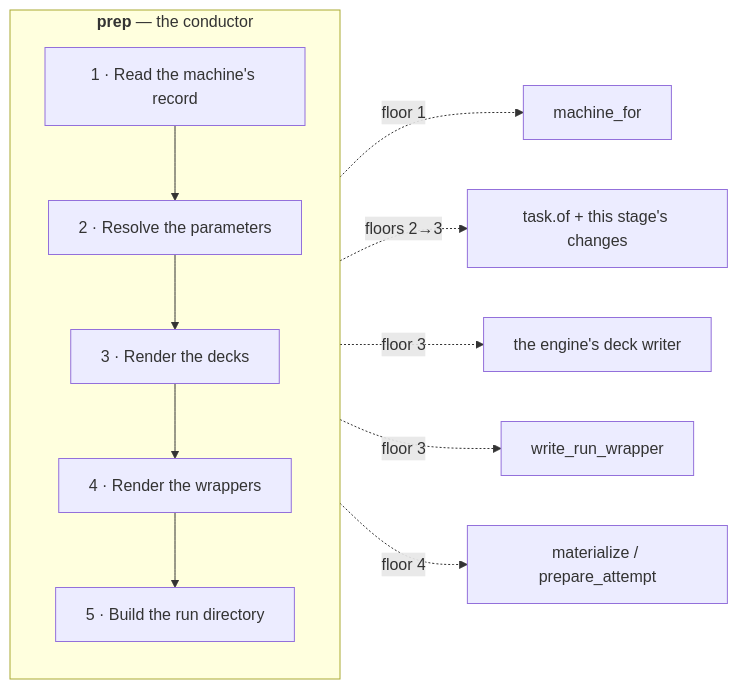
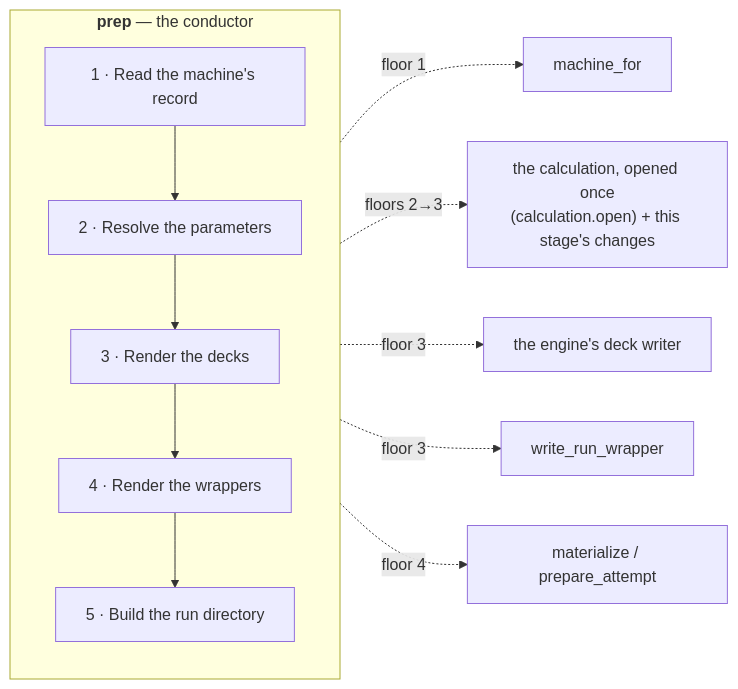
The fourth of 10 diagrams in docs/execution/architecture.md (Qing-LAB/molbuilder), drawn with Mermaid before and after one commit. The commit also changed other lines of this file and 54 other files, not shown here.

````diff
--- a/docs/execution/architecture.md
+++ b/docs/execution/architecture.md
@@ -520,14 +540,14 @@
 ```mermaid
 flowchart LR
     subgraph PREP["<b>prep</b> — the conductor"]
       direction TB
       p1["1 · Read the machine's record"] --> p2["2 · Resolve the parameters"]
       p2 --> p3["3 · Render the decks"] --> p4["4 · Render the wrappers"]
       p4 --> p5["5 · Build the run directory"]
     end
     p1 -.->|"floor 1"| q1["machine_for"]
-    p2 -.->|"floors 2→3"| q2["task.of + this stage's changes"]
+    p2 -.->|"floors 2→3"| q2["the calculation, opened once<br/>(calculation.open) + this stage's changes"]
     p3 -.->|"floor 3"| q3["the engine's deck writer"]
     p4 -.->|"floor 3"| q4["write_run_wrapper"]
     p5 -.->|"floor 4"| q5["materialize / prepare_attempt"]
 ```
````
